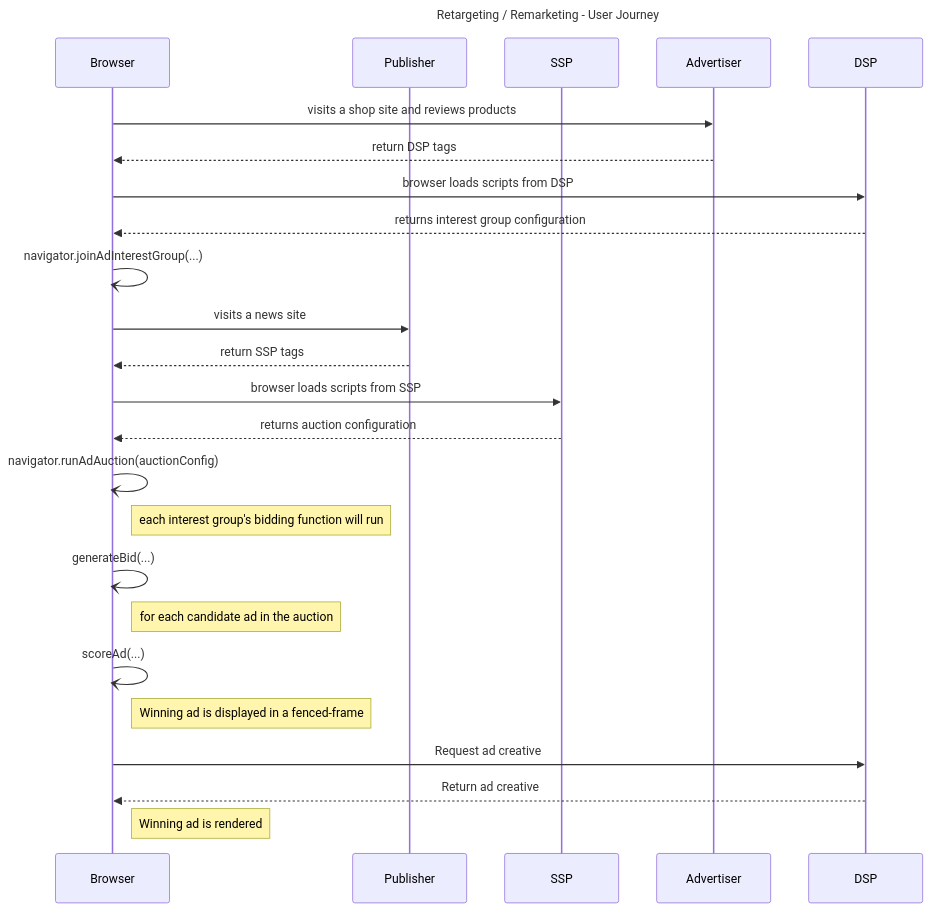
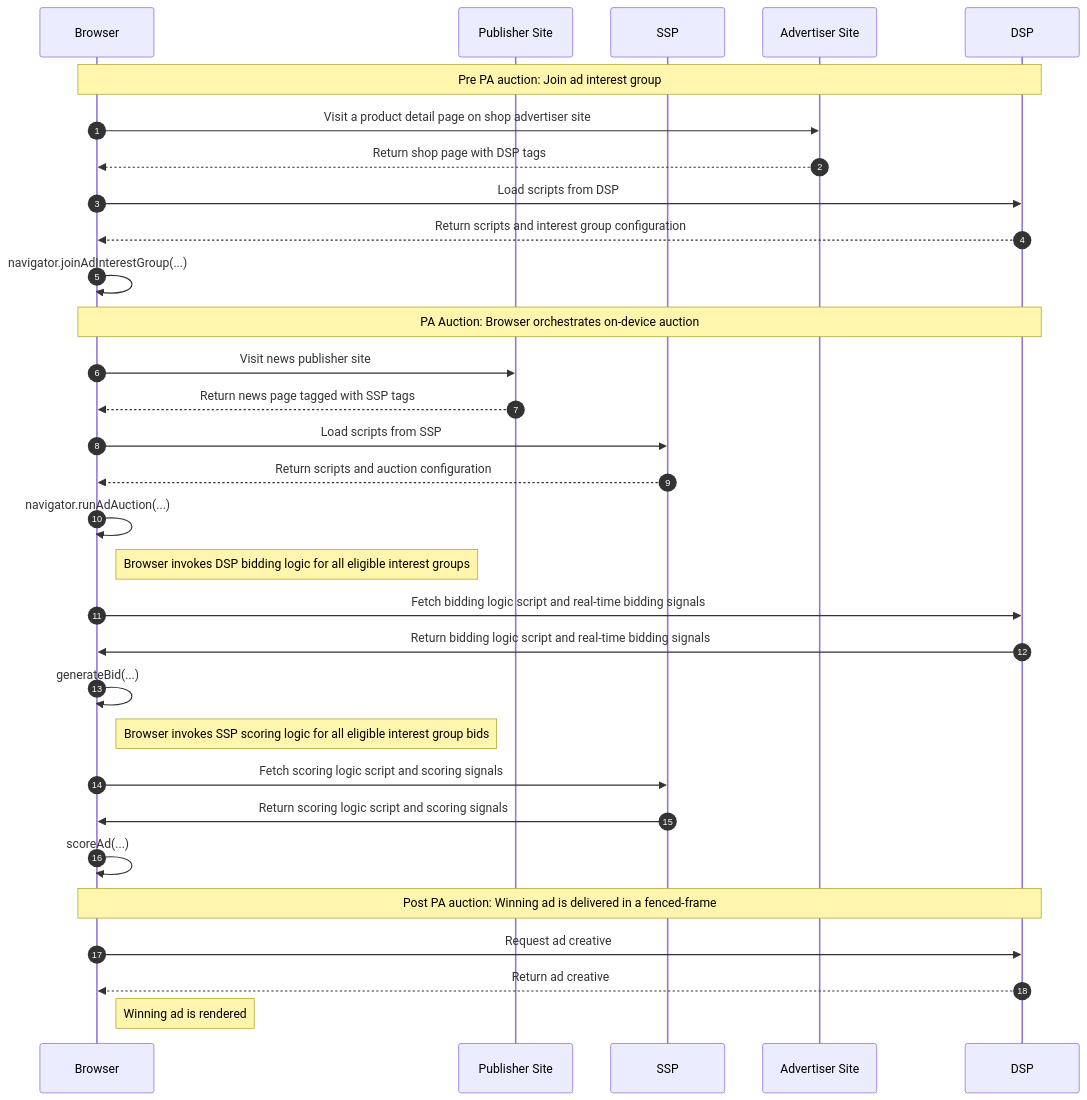
Before and after one commit to privacysandbox/privacy-sandbox-demos: the diagram in services/home/docs/demos/retargeting-remarketing.md, drawn with Mermaid. The commit also changed other lines of this file and 5 other files, not shown here.

````diff
--- a/services/home/docs/demos/retargeting-remarketing.md
+++ b/services/home/docs/demos/retargeting-remarketing.md
@@ -74,37 +74,43 @@
 ```mermaid
 sequenceDiagram
-Title: Retargeting / Remarketing - User Journey
+autonumber
 
 participant Browser
-participant Publisher
+participant Publisher as Publisher Site
 participant SSP
-participant Advertiser
+participant Advertiser as Advertiser Site
 participant DSP
 
-Browser->>Advertiser:visits a shop site and reviews products
-Advertiser-->>Browser:return DSP tags
-Browser->>DSP:browser loads scripts from DSP
-DSP-->>Browser:returns interest group configuration
+Note over Browser,DSP: Pre PA auction: Join ad interest group
+Browser ->> Advertiser: Visit a product detail page on shop advertiser site
+Advertiser -->> Browser: Return shop page with DSP tags
+Browser ->> DSP: Load scripts from DSP
+DSP -->> Browser: Return scripts and interest group configuration
 
-Browser-)Browser:navigator.joinAdInterestGroup(...)
+Browser ->> Browser: navigator.joinAdInterestGroup(...)
 
-Browser->>Publisher:visits a news  site
-Publisher-->>Browser:return SSP tags
-Browser->>SSP:browser loads scripts from SSP
-SSP-->>Browser:returns auction configuration
+Note over Browser,DSP: PA Auction: Browser orchestrates on-device auction
+Browser ->> Publisher: Visit news publisher site
+Publisher -->> Browser: Return news page tagged with SSP tags
+Browser ->> SSP: Load scripts from SSP
+SSP -->> Browser: Return scripts and auction configuration
 
-Browser-)Browser:navigator.runAdAuction(auctionConfig)
+Browser ->> Browser: navigator.runAdAuction(...)
 
-note right of Browser:each interest group's bidding function will run
-Browser-)Browser:generateBid(...)
+note right of Browser: Browser invokes DSP bidding logic for all eligible interest groups
+Browser ->> DSP: Fetch bidding logic script and real-time bidding signals
+DSP ->> Browser: Return bidding logic script and real-time bidding signals
+Browser ->> Browser: generateBid(...)
 
-note right of Browser:for each candidate ad in the auction
-Browser-)Browser:scoreAd(...)
+note right of Browser: Browser invokes SSP scoring logic for all eligible interest group bids
+Browser ->> SSP: Fetch scoring logic script and scoring signals
+SSP ->> Browser: Return scoring logic script and scoring signals
+Browser ->> Browser: scoreAd(...)
 
-note right of Browser:Winning ad is displayed in a fenced-frame
-Browser->>DSP:Request ad creative
-DSP-->>Browser:Return ad creative
+note over Browser,DSP: Post PA auction: Winning ad is delivered in a fenced-frame
+Browser ->> DSP: Request ad creative
+DSP -->> Browser: Return ad creative
 
-Note right of Browser:Winning ad is rendered
+Note right of Browser: Winning ad is rendered
 
 ```
````
